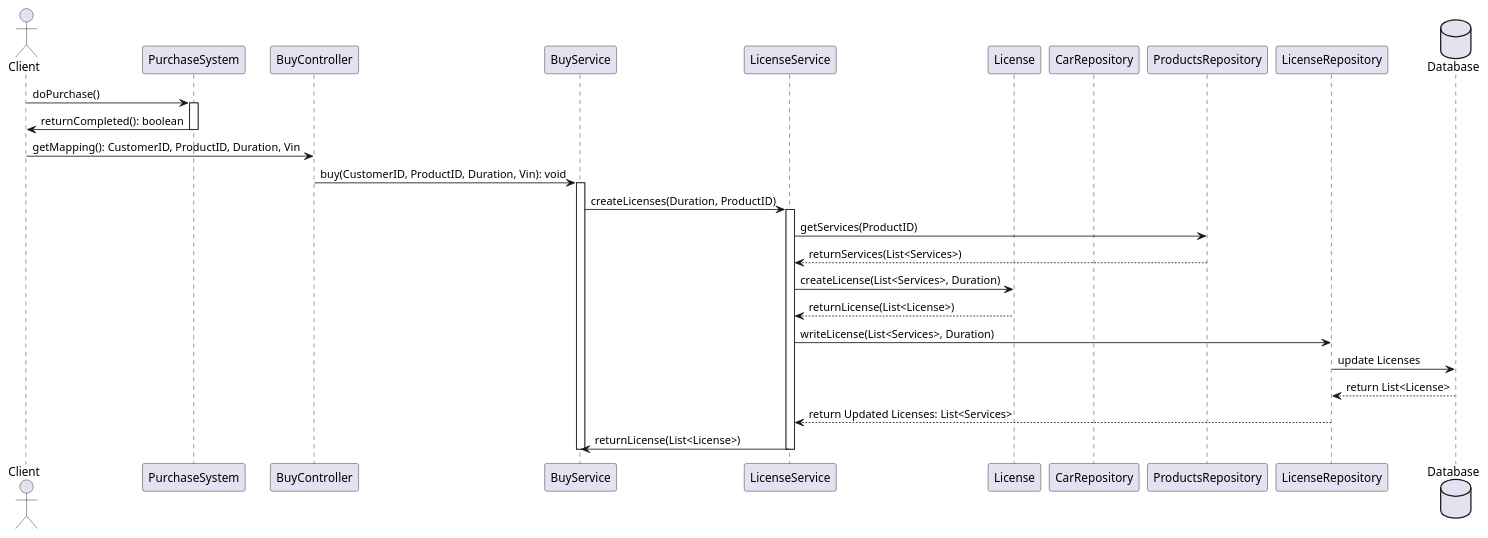
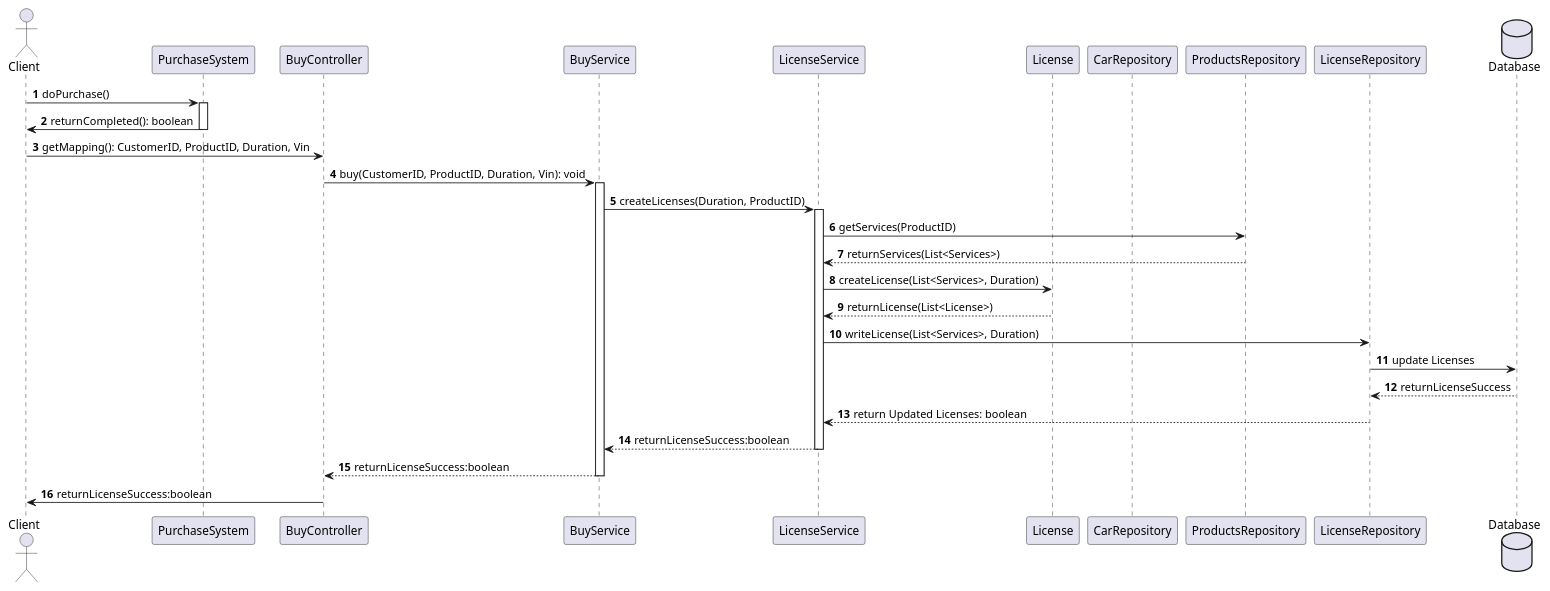
One commit to ljbg1996/car-backend changed the diagram in SequenceBuy_1.puml. Above: the diagram before and after it, drawn with PlantUML.

Commit message:
Sequence Afternoon Push 2

```diff
--- a/SequenceBuy_1.puml
+++ b/SequenceBuy_1.puml
@@ -1,50 +1,51 @@
 @startuml
 'https://plantuml.com/sequence-diagram
-
+autonumber
 actor Client as c
 participant PurchaseSystem as ps
 participant BuyController as co
 participant BuyService as s
 'participant LicenseController as lc
 participant LicenseService as ls
 participant License as l
 participant CarRepository as ca
 participant ProductsRepository as p
 participant LicenseRepository as lr
 database Database as db
 
 c->ps : doPurchase()
 activate ps
 ps->c : returnCompleted(): boolean
 deactivate ps
 c -> co: getMapping(): CustomerID, ProductID, Duration, Vin
 
 co-> s: buy(CustomerID, ProductID, Duration, Vin): void
 activate s
 's -> ca: setProduct(ProductId, Vin)
 'ca -> ls: setService(ServiceID)
 
 s-> ls: createLicenses(Duration, ProductID)
 activate ls
 ls->p: getServices(ProductID)
 p-->ls: returnServices(List<Services>)
 
 ls->  l: createLicense(List<Services>, Duration)
 
 l-->ls: returnLicense(List<License>)
 
 
 
 ls-> lr: writeLicense(List<Services>, Duration)
 lr->db: update Licenses
-db-->lr: return List<License>
-lr-->  ls: return Updated Licenses: List<Services>
-ls->s: returnLicense(List<License>)
+db-->lr: returnLicenseSuccess
+lr-->  ls: return Updated Licenses: boolean
+ls-->s: returnLicenseSuccess:boolean
 deactivate ls
-
+s-->co: returnLicenseSuccess:boolean
 deactivate s
+co->c: returnLicenseSuccess:boolean
 
 
 
 
 @enduml
```
